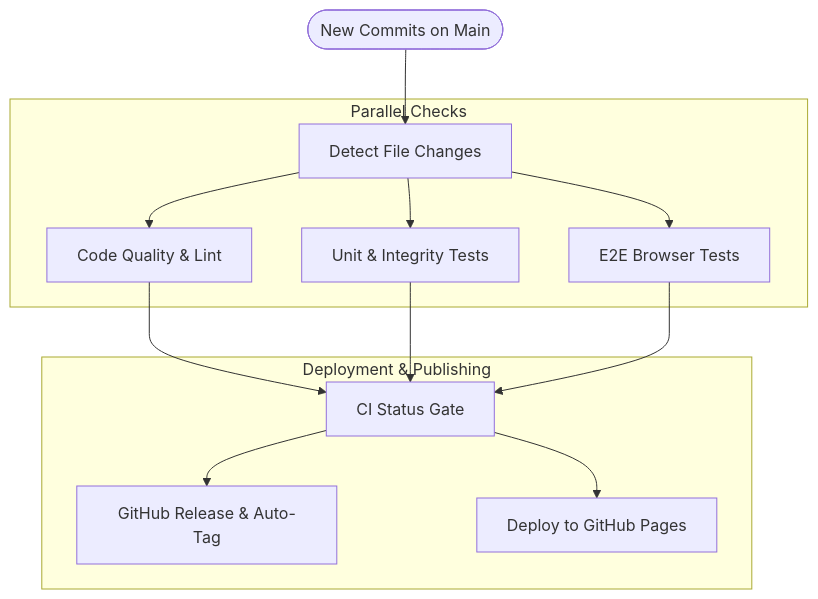
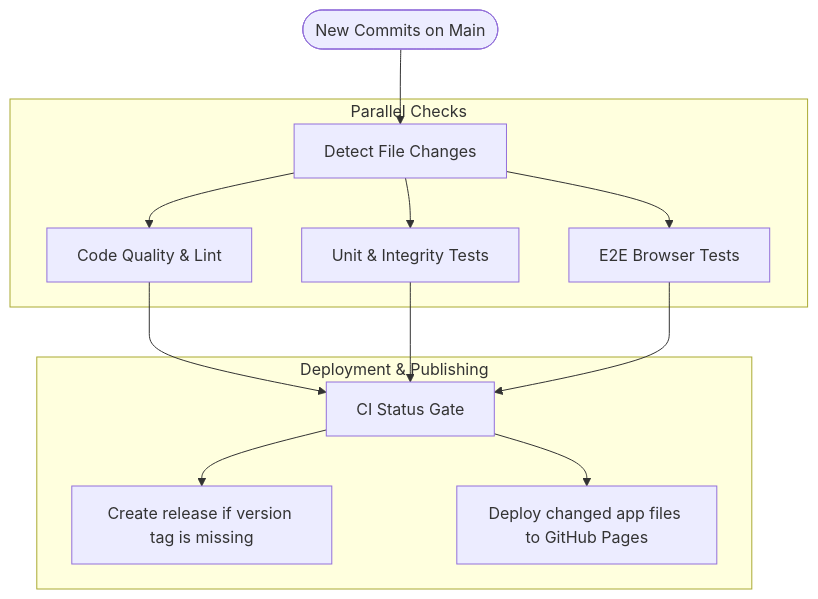
Before and after one commit to ziyuonmain/bull-sheet: the diagram in CONTRIBUTING.md, drawn with Mermaid. The commit also changed other lines of this file and 12 other files, not shown here.

````diff
--- a/CONTRIBUTING.md
+++ b/CONTRIBUTING.md
@@ -162,19 +173,19 @@
 ```mermaid
 flowchart TD
     Push([New Commits on Main]) --> Filter[Detect File Changes]
     
     subgraph Parallel Checks
         Filter --> Lint[Code Quality & Lint]
         Filter --> Unit[Unit & Integrity Tests]
         Filter --> E2E[E2E Browser Tests]
     end
     
     Lint --> CIStatus[CI Status Gate]
     Unit --> CIStatus
     E2E --> CIStatus
     
     subgraph Deployment & Publishing
-        CIStatus --> Release[GitHub Release & Auto-Tag]
-        CIStatus --> Deploy[Deploy to GitHub Pages]
+    CIStatus --> Release[Create release if version tag is missing]
+    CIStatus --> Deploy[Deploy changed app files to GitHub Pages]
     end
 ```
````
